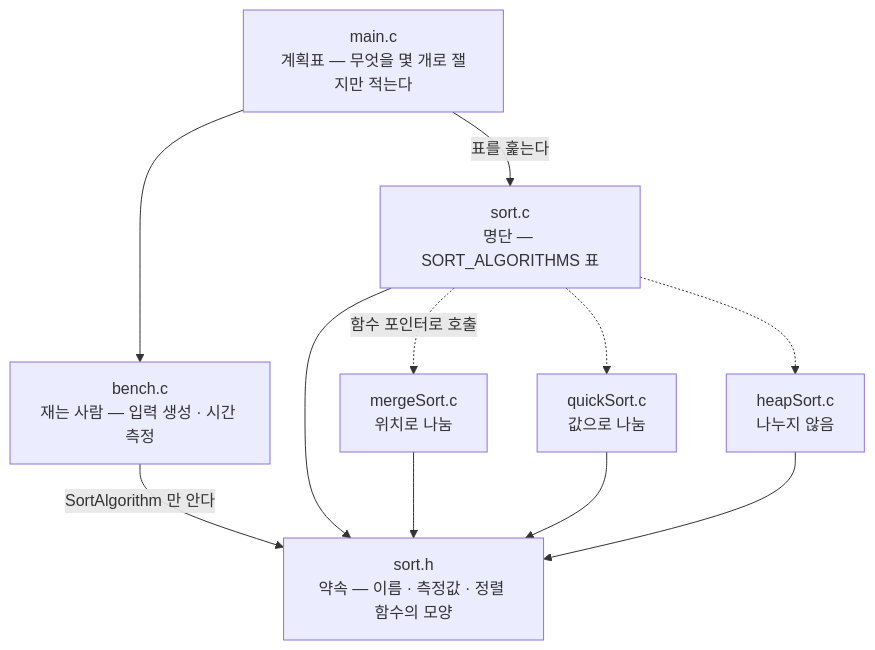
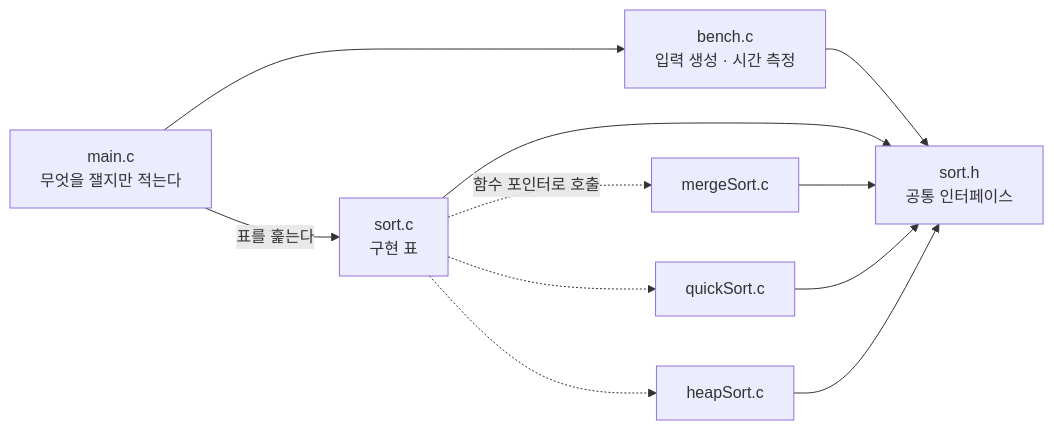
The second of 10 diagrams in report/REPORT.md (SungHyuk108/Advanced_algorithm_SungHyukKim_Comparing_Sorting), drawn with Mermaid before and after one commit. The commit also changed other lines of this file and 1 other file, not shown here.

First line of the commit message:
Lay the diagrams out for print and add the report PDF

````diff
--- a/report/REPORT.md
+++ b/report/REPORT.md
@@ -111,21 +111,21 @@
 ```mermaid
-flowchart TD
-    main["main.c<br/>계획표 — 무엇을 몇 개로 잴지만 적는다"]
-    bench["bench.c<br/>재는 사람 — 입력 생성 · 시간 측정"]
-    sorth["sort.h<br/>약속 — 이름 · 측정값 · 정렬 함수의 모양"]
-    sortc["sort.c<br/>명단 — SORT_ALGORITHMS 표"]
-    ms["mergeSort.c<br/>위치로 나눔"]
-    qs["quickSort.c<br/>값으로 나눔"]
-    hs["heapSort.c<br/>나누지 않음"]
+flowchart LR
+    main["main.c<br/>무엇을 잴지만 적는다"]
+    bench["bench.c<br/>입력 생성 · 시간 측정"]
+    sorth["sort.h<br/>공통 인터페이스"]
+    sortc["sort.c<br/>구현 표"]
+    ms["mergeSort.c"]
+    qs["quickSort.c"]
+    hs["heapSort.c"]
 
     main -->|"표를 훑는다"| sortc
     main --> bench
-    bench -->|"SortAlgorithm 만 안다"| sorth
+    bench --> sorth
     sortc --> sorth
     ms --> sorth
     qs --> sorth
     hs --> sorth
     sortc -.->|"함수 포인터로 호출"| ms
     sortc -.-> qs
     sortc -.-> hs
 ```
````
